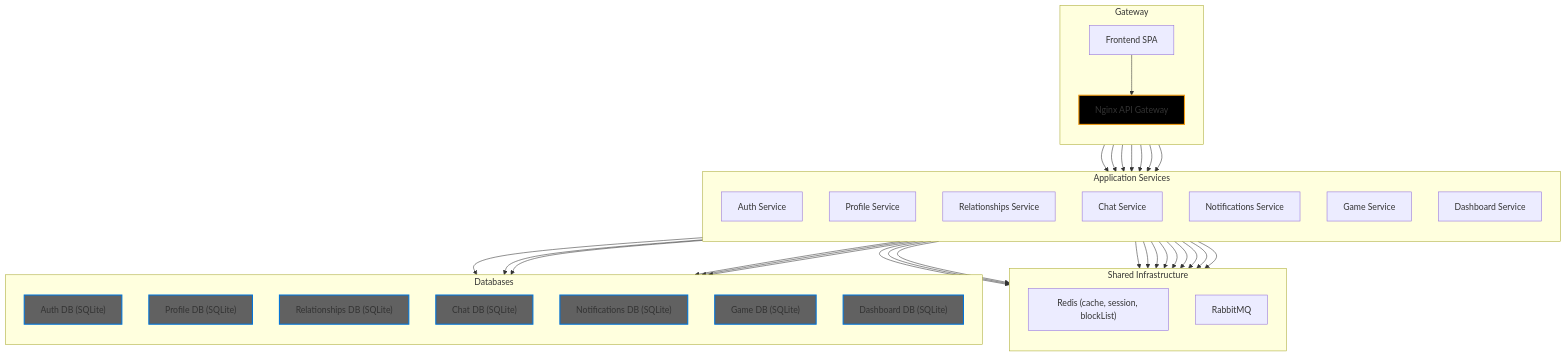
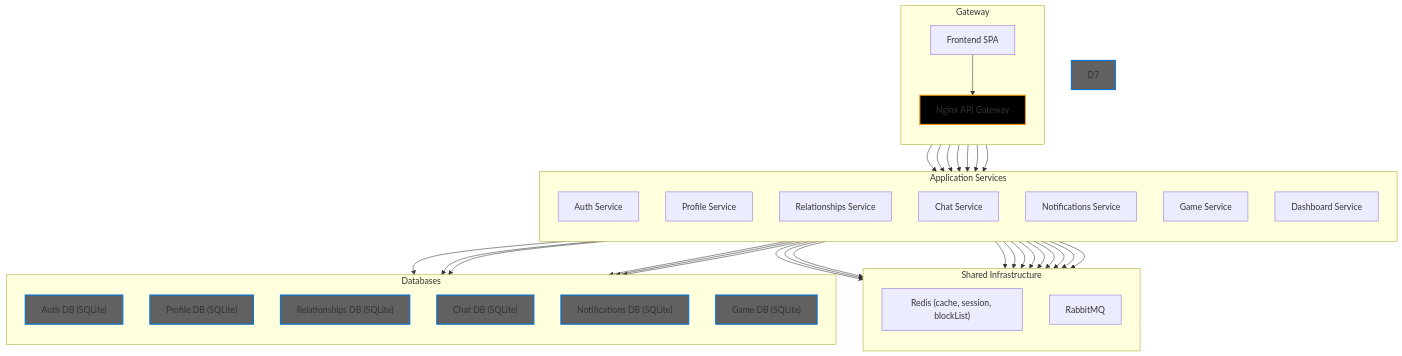
The diagram in README.md (M3ayz00/ft_transcendence), drawn with Mermaid before and after one commit.

````diff
--- a/README.md
+++ b/README.md
@@ -69,61 +69,60 @@
 ```mermaid
 flowchart TD
  subgraph Gateway["Gateway"]
     direction TB
         A["Frontend SPA"]
         B["Nginx API Gateway"]
   end
  subgraph subGraph1["Application Services"]
     direction TB
         C1["Auth Service"]
         C2["Profile Service"]
         C3["Relationships Service"]
         C4["Chat Service"]
         C5["Notifications Service"]
         C6["Game Service"]
         C7["Dashboard Service"]
   end
  subgraph subGraph2["Shared Infrastructure"]
     direction TB
         R["Redis (cache, session, blockList)"]
         Q["RabbitMQ"]
   end
  subgraph Databases["Databases"]
     direction TB
         D1["Auth DB (SQLite)"]
         D2["Profile DB (SQLite)"]
         D3["Relationships DB (SQLite)"]
         D4["Chat DB (SQLite)"]
         D5["Notifications DB (SQLite)"]
         D6["Game DB (SQLite)"]
-        D7["Dashboard DB (SQLite)"]
   end
     A --> B
     B --> C1 & C2 & C3 & C4 & C5 & C6 & C7
     C1 --> D1 & Q & R
     C2 --> D2 & Q & R
     C3 --> D3 & Q & R
     C4 --> D4 & Q & R
     C5 --> D5 & Q
     C6 --> D6 & Q
     C7 --> Q & R
      B:::gateway
      D1:::db
      D2:::db
      D3:::db
      D4:::db
      D5:::db
      D6:::db
      D7:::db
     classDef db fill:#e0eaff,stroke:#0074D9,stroke-width:2px
     classDef gateway fill:#fff6e0,stroke:#F39C12,stroke-width:2px
     style B fill:#000000,color:none
     style D1 fill:#616161
     style D2 color:none,fill:#616161
     style D3 fill:#616161
     style D4 fill:#616161
     style D5 fill:#616161,color:none
     style D6 fill:#616161,color:none
     style D7 fill:#616161
 
 ```
````
